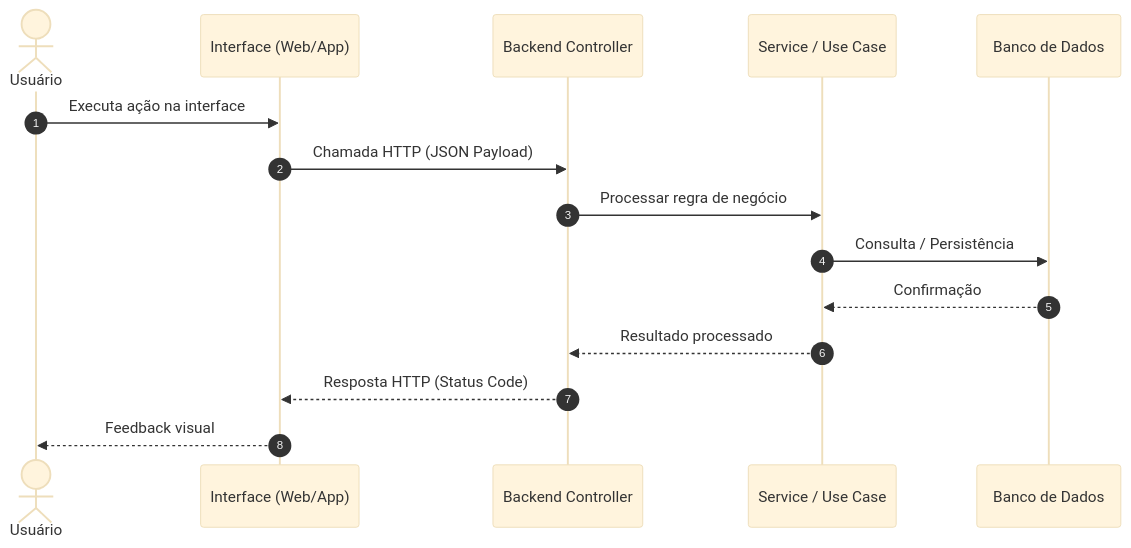
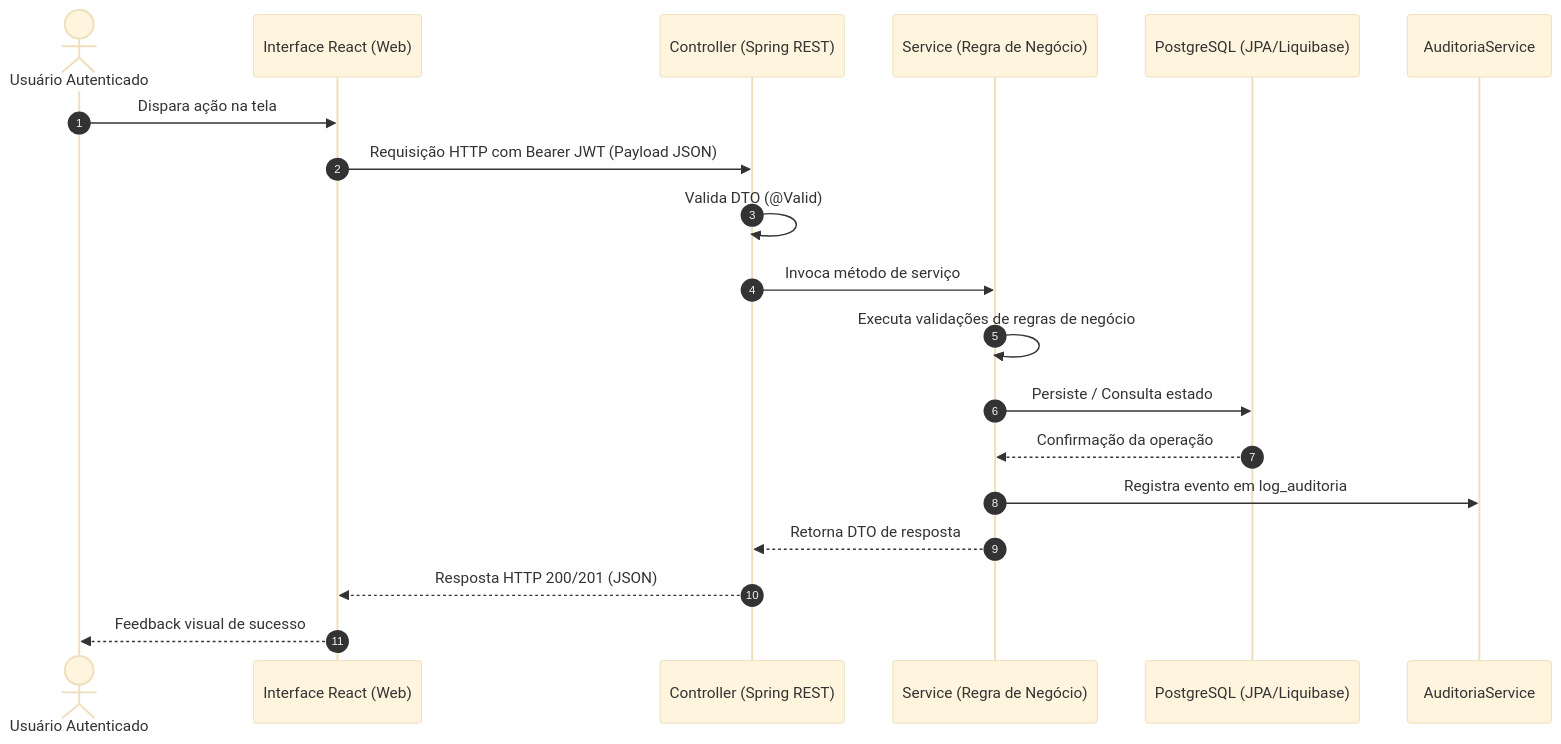
Before and after one commit to lopxs1/MetodologiaSDD: the diagram in .specify/specs/_template/plan.md, drawn with Mermaid (base theme). The commit also changed other lines of this file and 8 other files, not shown here.

````diff
--- a/.specify/specs/_template/plan.md
+++ b/.specify/specs/_template/plan.md
@@ -31,18 +42,22 @@
 ```mermaid
 sequenceDiagram
     autonumber
-    actor U as Usuário
-    participant UI as Interface (Web/App)
-    participant API as Backend Controller
-    participant S as Service / Use Case
-    participant DB as Banco de Dados
+    actor U as Usuário Autenticado
+    participant UI as Interface React (Web)
+    participant C as Controller (Spring REST)
+    participant S as Service (Regra de Negócio)
+    participant DB as PostgreSQL (JPA/Liquibase)
+    participant A as AuditoriaService
 
-    U->>UI: Executa ação na interface
-    UI->>API: Chamada HTTP (JSON Payload)
-    API->>S: Processar regra de negócio
-    S->>DB: Consulta / Persistência
-    DB-->>S: Confirmação
-    S-->>API: Resultado processado
-    API-->>UI: Resposta HTTP (Status Code)
-    UI-->>U: Feedback visual
+    U->>UI: Dispara ação na tela
+    UI->>C: Requisição HTTP com Bearer JWT (Payload JSON)
+    C->>C: Valida DTO (@Valid)
+    C->>S: Invoca método de serviço
+    S->>S: Executa validações de regras de negócio
+    S->>DB: Persiste / Consulta estado
+    DB-->>S: Confirmação da operação
+    S->>A: Registra evento em log_auditoria
+    S-->>C: Retorna DTO de resposta
+    C-->>UI: Resposta HTTP 200/201 (JSON)
+    UI-->>U: Feedback visual de sucesso
 ```
````
